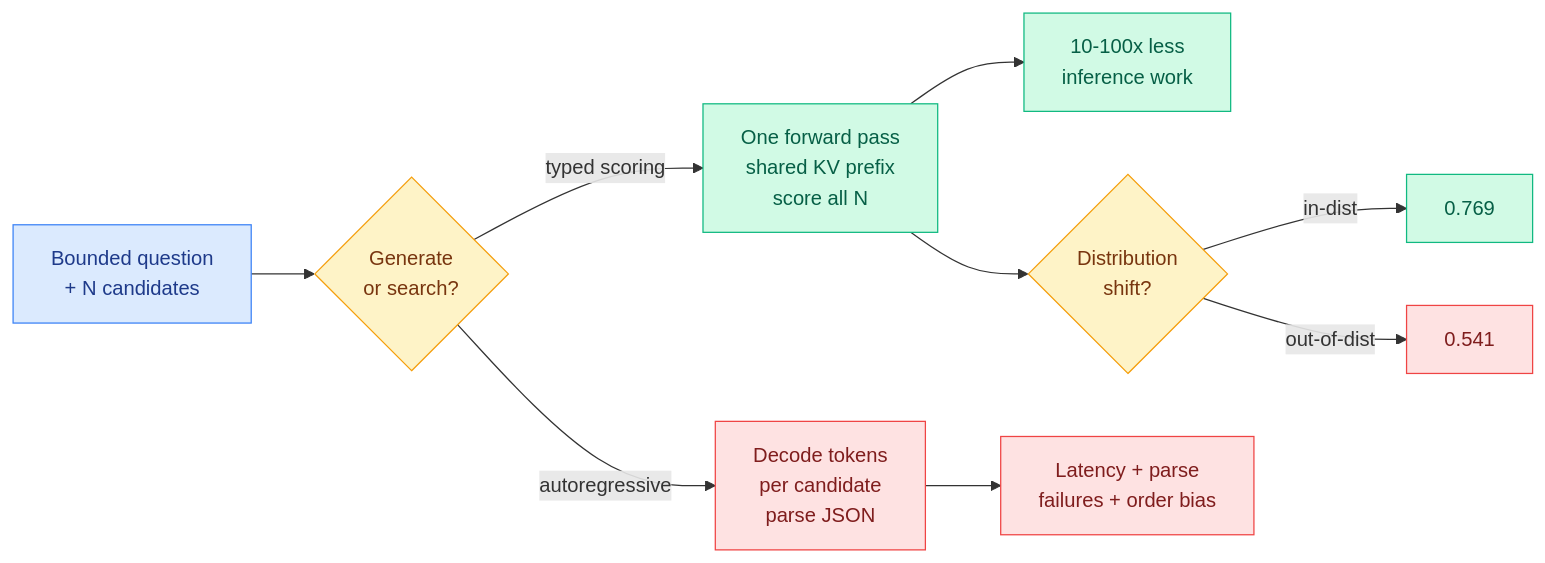
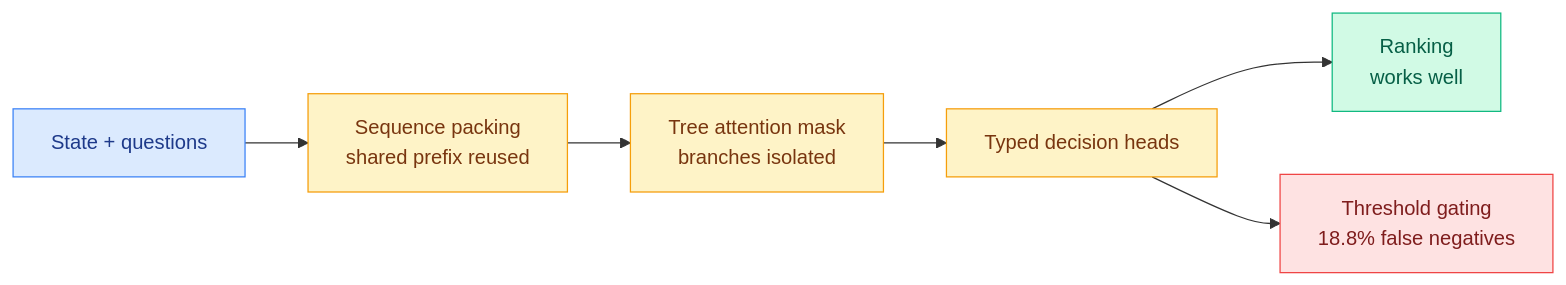
The diagram in wiki/media-zone/2026-09/2026-09-22.md (bayesiansapien/cere-bro), drawn with Mermaid before and after one commit. The commit also changed other lines of this file and 23 other files, not shown here.

````diff
--- a/wiki/media-zone/2026-09/2026-09-22.md
+++ b/wiki/media-zone/2026-09/2026-09-22.md
@@ -22,19 +52,16 @@
 ```mermaid
 flowchart LR
-  Q[Bounded question<br/>+ N candidates] --> A{Generate<br/>or search?}
-  A -->|autoregressive| G[Decode tokens<br/>per candidate<br/>parse JSON]
-  A -->|typed scoring| S[One forward pass<br/>shared KV prefix<br/>score all N]
-  S --> OK[10-100x less<br/>inference work]
-  S --> RISK{Distribution<br/>shift?}
-  RISK -->|in-dist| HI[0.769]
-  RISK -->|out-of-dist| LO[0.541]
-  G --> SLOW[Latency + parse<br/>failures + order bias]
+  S[State + questions] --> PACK[Sequence packing<br/>shared prefix reused]
+  PACK --> TREE[Tree attention mask<br/>branches isolated]
+  TREE --> HEAD[Typed decision heads]
+  HEAD --> RANK[Ranking<br/>works well]
+  HEAD --> GATE[Threshold gating<br/>18.8% false negatives]
   classDef input fill:#dbeafe,stroke:#3b82f6,color:#1e3a8a
   classDef decision fill:#fef3c7,stroke:#f59e0b,color:#78350f
   classDef output fill:#d1fae5,stroke:#10b981,color:#065f46
   classDef warn fill:#fee2e2,stroke:#ef4444,color:#7f1d1d
-  class Q input
-  class A,RISK decision
-  class S,OK,HI output
-  class G,SLOW,LO warn
+  class S input
+  class PACK,TREE,HEAD decision
+  class RANK output
+  class GATE warn
 ```
````
